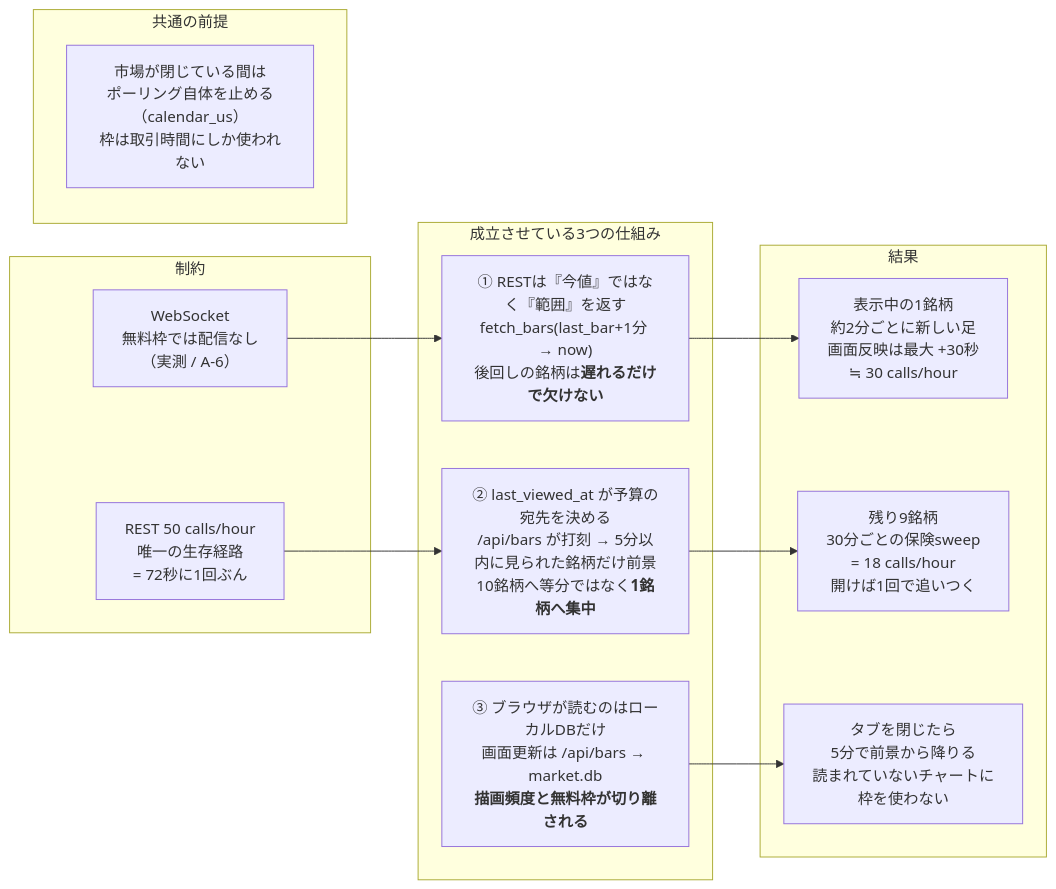
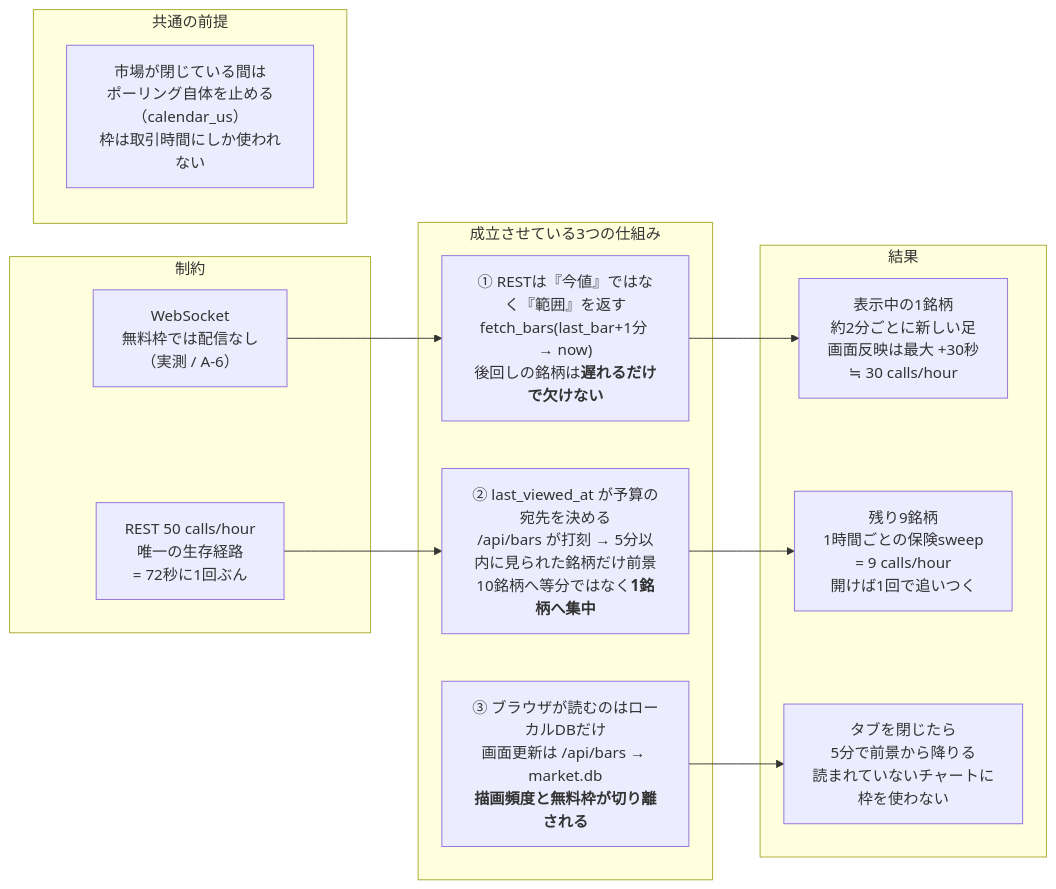
The first of 14 diagrams in docs/system-architecture.md (makechair/spelling-inconsistencies), drawn with Mermaid before and after one commit. The commit also changed other lines of this file and 21 other files, not shown here.

````diff
--- a/docs/system-architecture.md
+++ b/docs/system-architecture.md
@@ -51,29 +54,29 @@
 ```mermaid
 flowchart LR
     subgraph LIMIT["制約"]
         WS["WebSocket<br/>無料枠では配信なし<br/>（実測 / A-6）"]
         REST["REST 50 calls/hour<br/>唯一の生存経路<br/>= 72秒に1回ぶん"]
     end
 
     subgraph MECH["成立させている3つの仕組み"]
         M1["① RESTは『今値』ではなく『範囲』を返す<br/>fetch_bars(last_bar+1分 → now)<br/>後回しの銘柄は<b>遅れるだけで欠けない</b>"]
         M2["② last_viewed_at が予算の宛先を決める<br/>/api/bars が打刻 → 5分以内に見られた銘柄だけ前景<br/>10銘柄へ等分ではなく<b>1銘柄へ集中</b>"]
         M3["③ ブラウザが読むのはローカルDBだけ<br/>画面更新は /api/bars → market.db<br/><b>描画頻度と無料枠が切り離される</b>"]
     end
 
     subgraph RESULT["結果"]
         R1["表示中の1銘柄<br/>約2分ごとに新しい足<br/>画面反映は最大 +30秒<br/>≒ 30 calls/hour"]
-        R2["残り9銘柄<br/>30分ごとの保険sweep<br/>= 18 calls/hour<br/>開けば1回で追いつく"]
+        R2["残り9銘柄<br/>1時間ごとの保険sweep<br/>= 9 calls/hour<br/>開けば1回で追いつく"]
         R3["タブを閉じたら<br/>5分で前景から降りる<br/>読まれていないチャートに<br/>枠を使わない"]
     end
 
     subgraph BASE["共通の前提"]
         CAL["市場が閉じている間は<br/>ポーリング自体を止める（calendar_us）<br/>枠は取引時間にしか使われない"]
     end
 
     WS --> M1
     REST --> M2
     M1 --> R1
     M2 --> R2
     M3 --> R3
 ```
````
